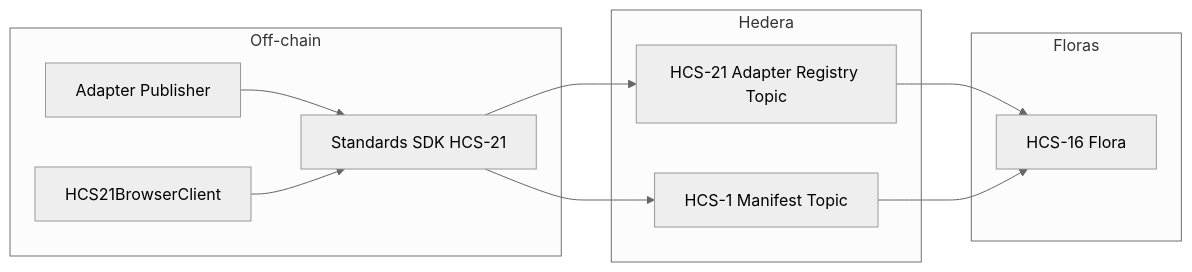
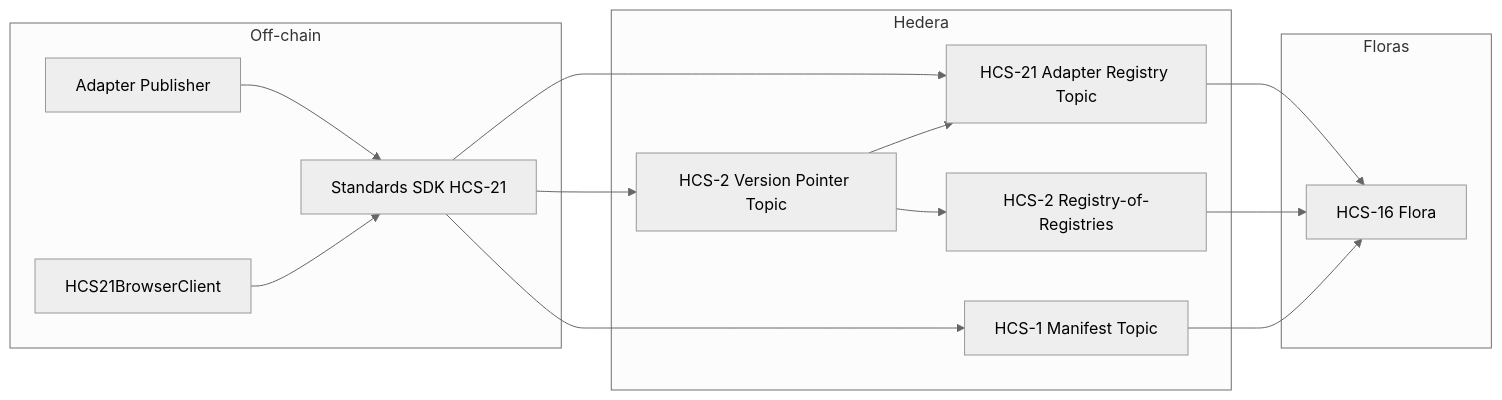
Before and after one commit to hashgraph-online/hcs-improvement-proposals: the diagram in docs/libraries/standards-sdk/hcs-21/overview.md, drawn with Mermaid (neutral theme). The commit also changed other lines of this file and 17 other files, not shown here.

````diff
--- a/docs/libraries/standards-sdk/hcs-21/overview.md
+++ b/docs/libraries/standards-sdk/hcs-21/overview.md
@@ -17,22 +18,28 @@
 ```mermaid
 flowchart LR
     subgraph Off-chain
         Publisher[Adapter Publisher]
         SDK[Standards SDK HCS-21]
         Browser[HCS21BrowserClient]
     end
     subgraph Hedera
     Manifest[HCS-1 Manifest Topic]
+        VersionTopic[HCS-2 Version Pointer Topic]
         RegistryTopic[HCS-21 Adapter Registry Topic]
+        RegistryList[HCS-2 Registry-of-Registries]
     end
     subgraph Floras
         Flora[HCS-16 Flora]
     end
 
     Publisher --> SDK
     Browser --> SDK
     SDK --> Manifest
     SDK --> RegistryTopic
     RegistryTopic --> Flora
+    SDK --> VersionTopic
+    VersionTopic --> RegistryList
+    RegistryList --> Flora
+    VersionTopic --> RegistryTopic
     Manifest --> Flora
 ```
````
